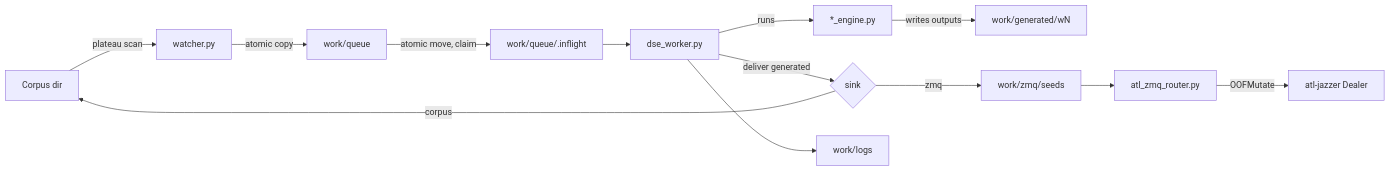
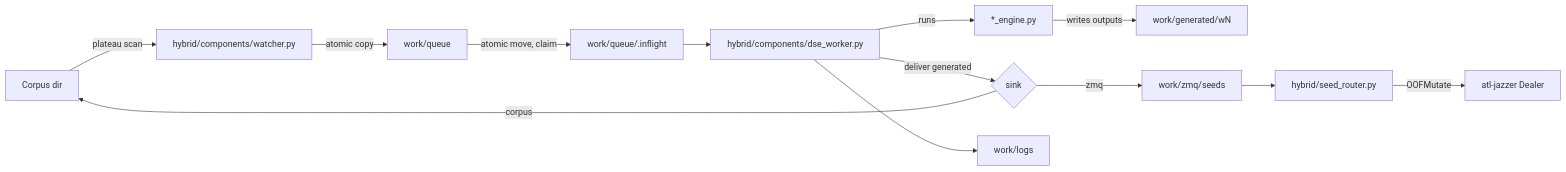
The diagram in README.md (kj2648/java-hybrid), drawn with Mermaid before and after one commit. The commit also changed other lines of this file and 18 other files, not shown here.

````diff
--- a/README.md
+++ b/README.md
@@ -30,15 +27,15 @@
 ```mermaid
 flowchart LR
-  Corpus[Corpus dir] -->|plateau scan| Watcher[watcher.py]
+  Corpus[Corpus dir] -->|plateau scan| Watcher[hybrid/components/watcher.py]
   Watcher -->|atomic copy| Queue[work/queue]
   Queue -->|atomic move, claim| Inflight[work/queue/.inflight]
-  Inflight --> Worker[dse_worker.py]
+  Inflight --> Worker[hybrid/components/dse_worker.py]
   Worker -->|runs| Engine[*_engine.py]
   Engine -->|writes outputs| OutTmp[work/generated/wN]
   Worker -->|deliver generated| Deliver{sink}
   Deliver -->|zmq| ZmqSeeds[work/zmq/seeds]
   Deliver -->|corpus| Corpus
-  ZmqSeeds --> Router[atl_zmq_router.py]
+  ZmqSeeds --> Router[hybrid/seed_router.py]
   Router -->|OOFMutate| Fuzzer[atl-jazzer Dealer]
   Worker --> Logs[work/logs]
 ```
````
